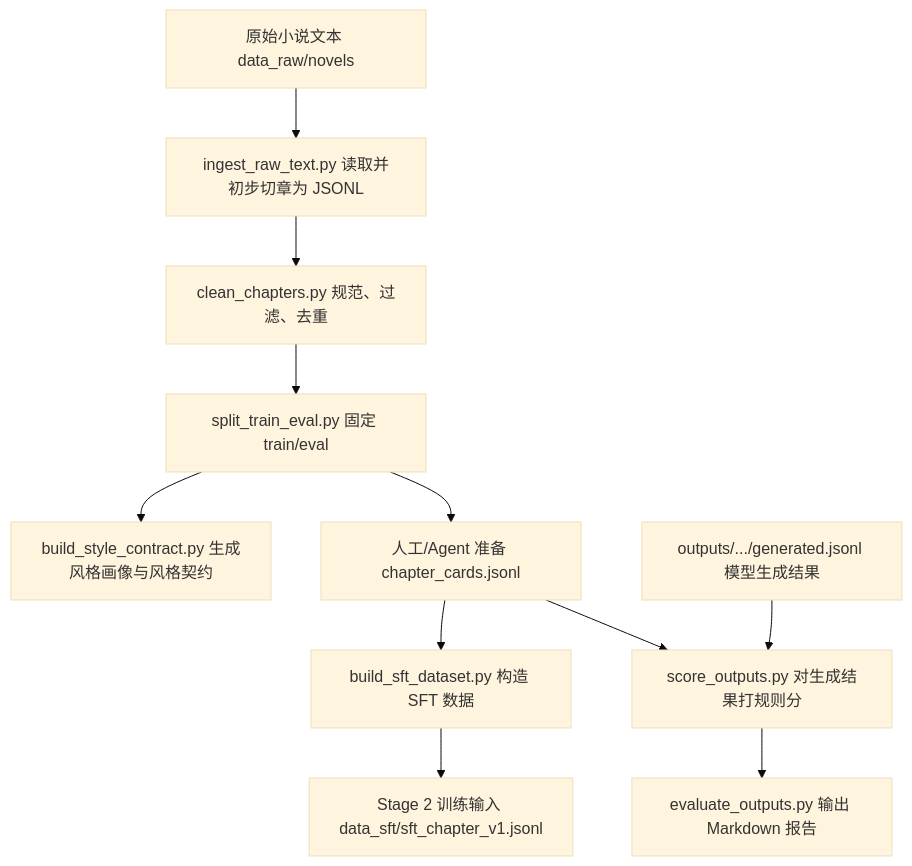
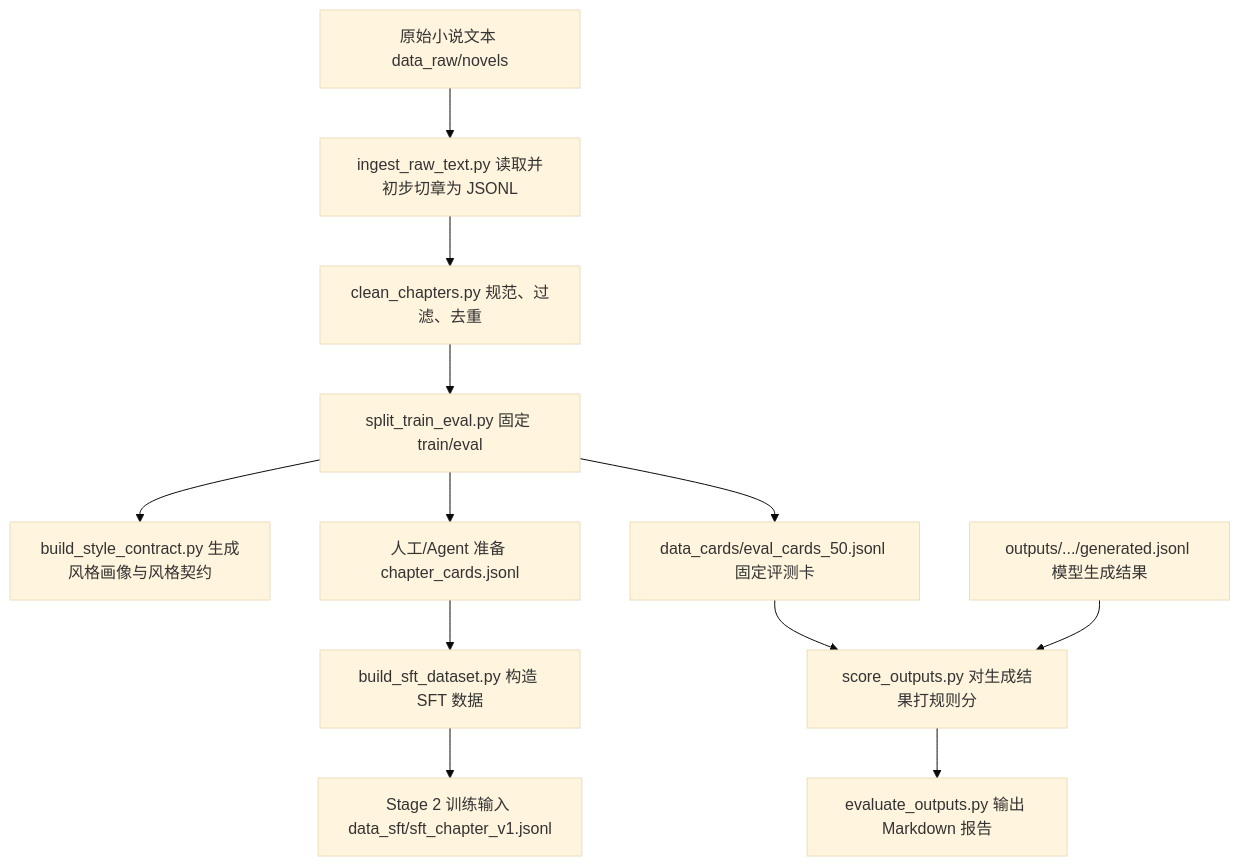
One commit to luoluomashang/smallModelTrain changed the diagram in docs/stage1-pipeline-guide.zh.md. Above: the diagram before and after it, drawn with Mermaid (base theme). The commit also changed other lines of this file, not shown here.

````diff
--- a/docs/stage1-pipeline-guide.zh.md
+++ b/docs/stage1-pipeline-guide.zh.md
@@ -22,13 +22,14 @@
 ```mermaid
 flowchart TD
     A["原始小说文本 data_raw/novels"] --> B["ingest_raw_text.py 读取并初步切章为 JSONL"]
     B --> C["clean_chapters.py 规范、过滤、去重"]
     C --> D["split_train_eval.py 固定 train/eval"]
     D --> E["build_style_contract.py 生成风格画像与风格契约"]
     D --> F["人工/Agent 准备 chapter_cards.jsonl"]
     F --> G["build_sft_dataset.py 构造 SFT 数据"]
     G --> H["Stage 2 训练输入 data_sft/sft_chapter_v1.jsonl"]
-    F --> I["score_outputs.py 对生成结果打规则分"]
+    D --> L["data_cards/eval_cards_50.jsonl 固定评测卡"]
+    L --> I["score_outputs.py 对生成结果打规则分"]
     K["outputs/.../generated.jsonl 模型生成结果"] --> I
     I --> J["evaluate_outputs.py 输出 Markdown 报告"]
 ```
````
